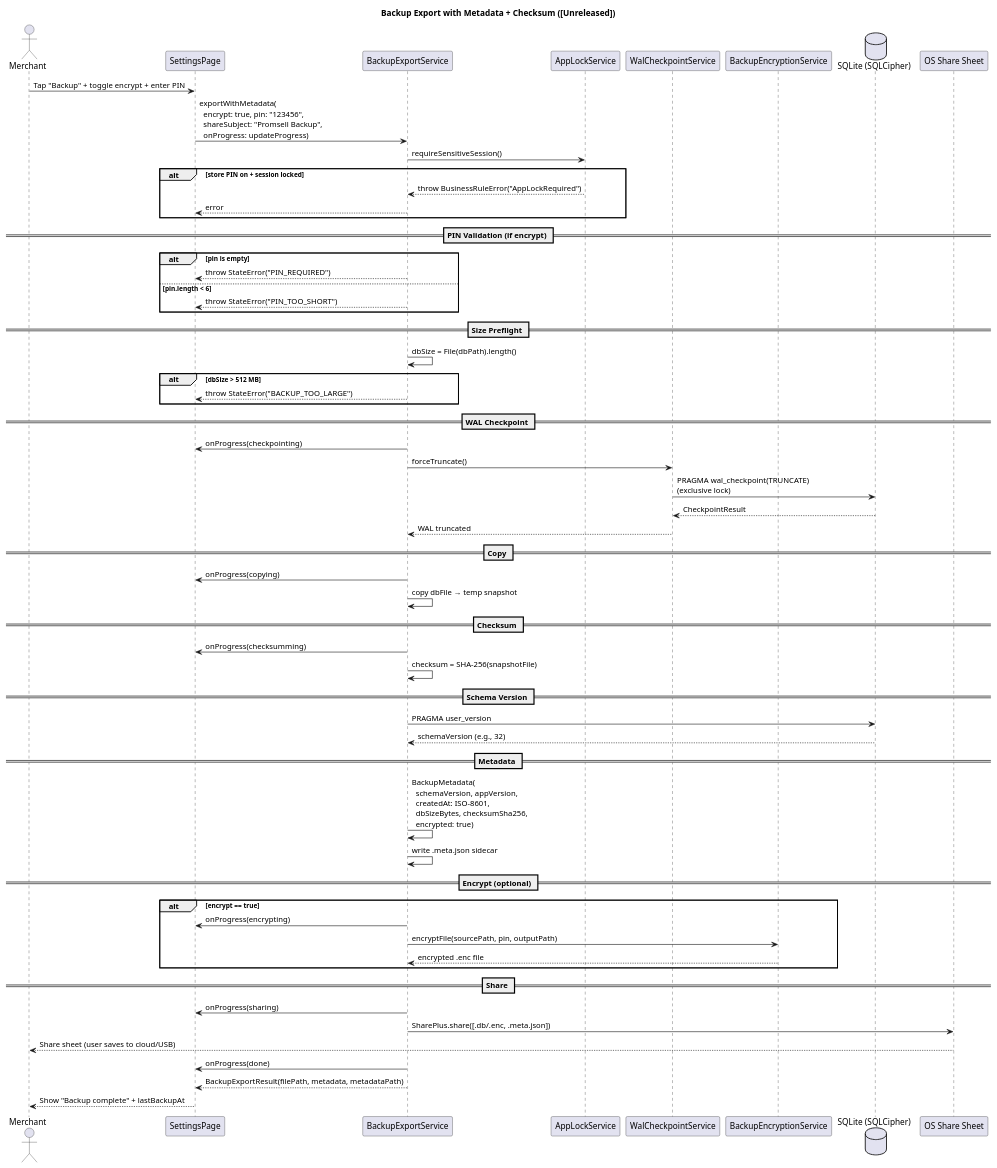
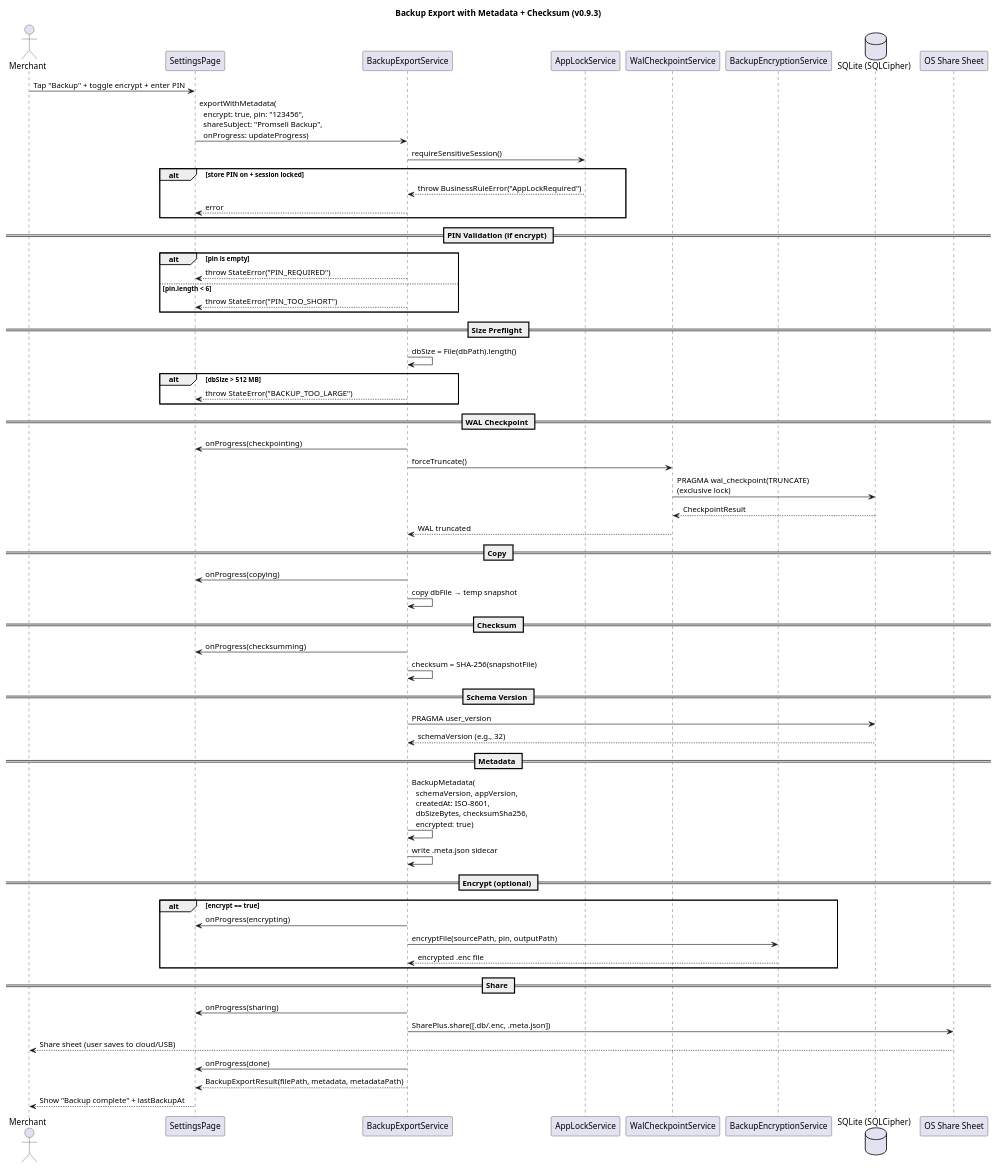
Before and after one commit to MN-Lizard-Team/promsell-pos-ce: the diagram in docs/architecture/puml/sequence-backup-export.puml, drawn with PlantUML. The commit also changed 70 other files, not shown here.

```diff
--- a/docs/architecture/puml/sequence-backup-export.puml
+++ b/docs/architecture/puml/sequence-backup-export.puml
@@ -1,74 +1,74 @@
 @startuml Sequence_BackupExport
-title Backup Export with Metadata + Checksum ([Unreleased])
+title Backup Export with Metadata + Checksum (v0.9.3)
 
 actor Merchant
 participant "SettingsPage" as UI
 participant "BackupExportService" as SVC
 participant "AppLockService" as Lock
 participant "WalCheckpointService" as WAL
 participant "BackupEncryptionService" as Enc
 database "SQLite (SQLCipher)" as DB
 participant "OS Share Sheet" as Share
 
 Merchant -> UI: Tap "Backup" + toggle encrypt + enter PIN
 UI -> SVC: exportWithMetadata(\n  encrypt: true, pin: "123456",\n  shareSubject: "Promsell Backup",\n  onProgress: updateProgress)
 
 SVC -> Lock: requireSensitiveSession()
 alt store PIN on + session locked
     Lock --> SVC: throw BusinessRuleError("AppLockRequired")
     SVC --> UI: error
 end
 
 == PIN Validation (if encrypt) ==
 alt pin is empty
     SVC --> UI: throw StateError("PIN_REQUIRED")
 else pin.length < 6
     SVC --> UI: throw StateError("PIN_TOO_SHORT")
 end
 
 == Size Preflight ==
 SVC -> SVC: dbSize = File(dbPath).length()
 alt dbSize > 512 MB
     SVC --> UI: throw StateError("BACKUP_TOO_LARGE")
 end
 
 == WAL Checkpoint ==
 SVC -> UI: onProgress(checkpointing)
 SVC -> WAL: forceTruncate()
 WAL -> DB: PRAGMA wal_checkpoint(TRUNCATE)\n(exclusive lock)
 DB --> WAL: CheckpointResult
 WAL --> SVC: WAL truncated
 
 == Copy ==
 SVC -> UI: onProgress(copying)
 SVC -> SVC: copy dbFile → temp snapshot
 
 == Checksum ==
 SVC -> UI: onProgress(checksumming)
 SVC -> SVC: checksum = SHA-256(snapshotFile)
 
 == Schema Version ==
 SVC -> DB: PRAGMA user_version
 DB --> SVC: schemaVersion (e.g., 32)
 
 == Metadata ==
 SVC -> SVC: BackupMetadata(\n  schemaVersion, appVersion,\n  createdAt: ISO-8601,\n  dbSizeBytes, checksumSha256,\n  encrypted: true)
 SVC -> SVC: write .meta.json sidecar
 
 == Encrypt (optional) ==
 alt encrypt == true
     SVC -> UI: onProgress(encrypting)
     SVC -> Enc: encryptFile(sourcePath, pin, outputPath)
     Enc --> SVC: encrypted .enc file
 end
 
 == Share ==
 SVC -> UI: onProgress(sharing)
 SVC -> Share: SharePlus.share([.db/.enc, .meta.json])
 Share --> Merchant: Share sheet (user saves to cloud/USB)
 
 SVC -> UI: onProgress(done)
 SVC --> UI: BackupExportResult(filePath, metadata, metadataPath)
 UI --> Merchant: Show "Backup complete" + lastBackupAt
 
 @enduml
```
